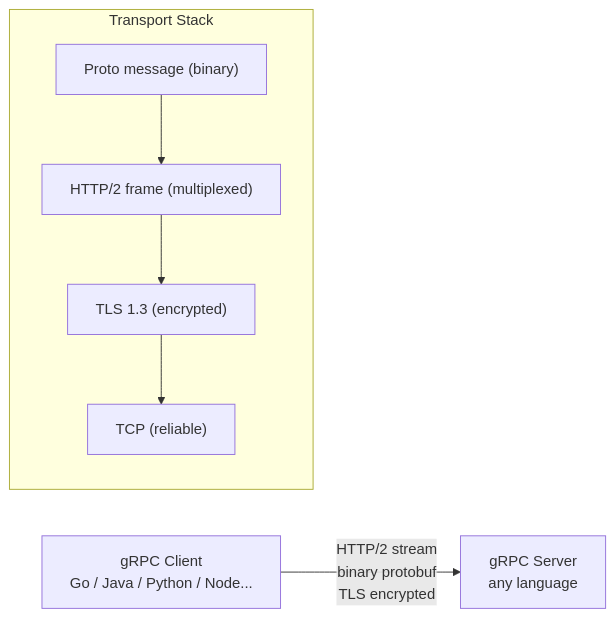
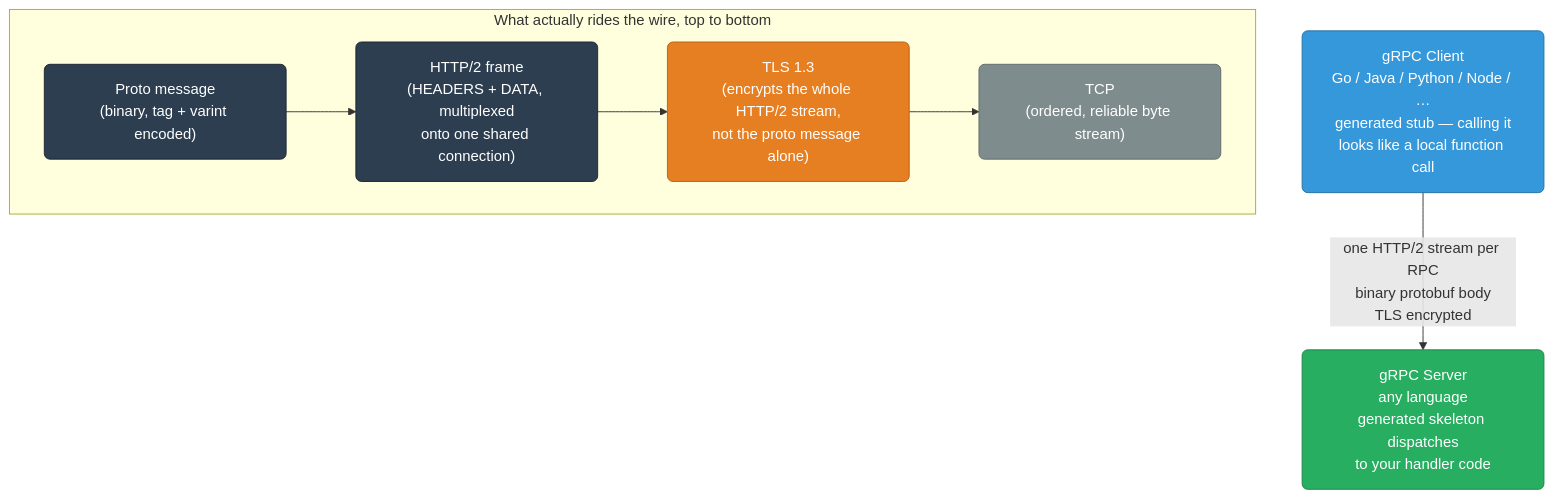
Before and after one commit to deepanshu-rawat6/DevOpsIndex: the first of 5 diagrams in networking/grpc-graphql.md, drawn with Mermaid. The commit also changed other lines of this file and 8 other files, not shown here.

````diff
--- a/networking/grpc-graphql.md
+++ b/networking/grpc-graphql.md
@@ -9,12 +18,18 @@
 ```mermaid
-graph LR
-    CLIENT["gRPC Client<br>Go / Java / Python / Node..."] -->|"HTTP/2 stream<br>binary protobuf<br>TLS encrypted"| SERVER["gRPC Server<br>any language"]
+graph TD
+    classDef client fill:#3498db,stroke:#2471a3,color:#fff,rx:6
+    classDef server fill:#27ae60,stroke:#1e8449,color:#fff,rx:6
+    classDef layer fill:#2c3e50,stroke:#1a252f,color:#fff,rx:6
+    classDef sec fill:#e67e22,stroke:#ba6018,color:#fff,rx:6
+    classDef net fill:#7f8c8d,stroke:#616a6b,color:#fff,rx:6
 
-    subgraph Stack["Transport Stack"]
-        APP["Proto message (binary)"]
-        H2["HTTP/2 frame (multiplexed)"]
-        TLS2["TLS 1.3 (encrypted)"]
-        TCP2["TCP (reliable)"]
+    CLIENT["gRPC Client<br/>Go / Java / Python / Node / …<br/>generated stub — calling it<br/>looks like a local function call"]:::client -->|"one HTTP/2 stream per RPC<br/>binary protobuf body<br/>TLS encrypted"| SERVER["gRPC Server<br/>any language<br/>generated skeleton dispatches<br/>to your handler code"]:::server
+
+    subgraph STACK["What actually rides the wire, top to bottom"]
+        APP["Proto message<br/>(binary, tag + varint encoded)"]:::layer
+        H2["HTTP/2 frame<br/>(HEADERS + DATA, multiplexed<br/>onto one shared connection)"]:::layer
+        TLS2["TLS 1.3<br/>(encrypts the whole HTTP/2 stream,<br/>not the proto message alone)"]:::sec
+        TCP2["TCP<br/>(ordered, reliable byte stream)"]:::net
         APP --> H2 --> TLS2 --> TCP2
     end
 ```
````
